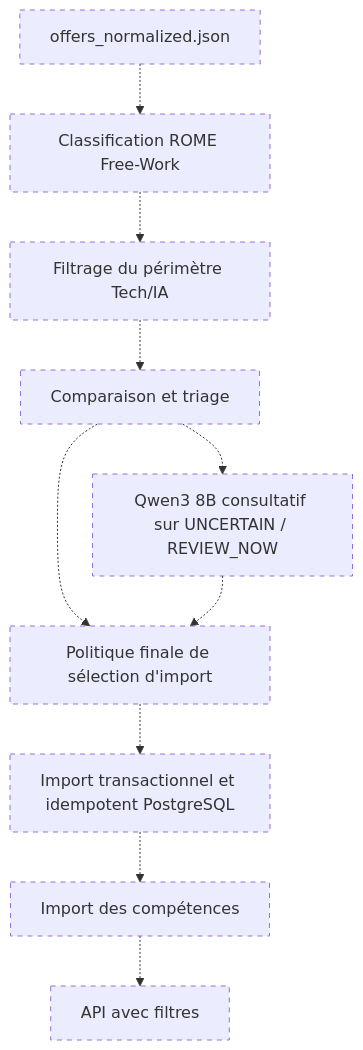
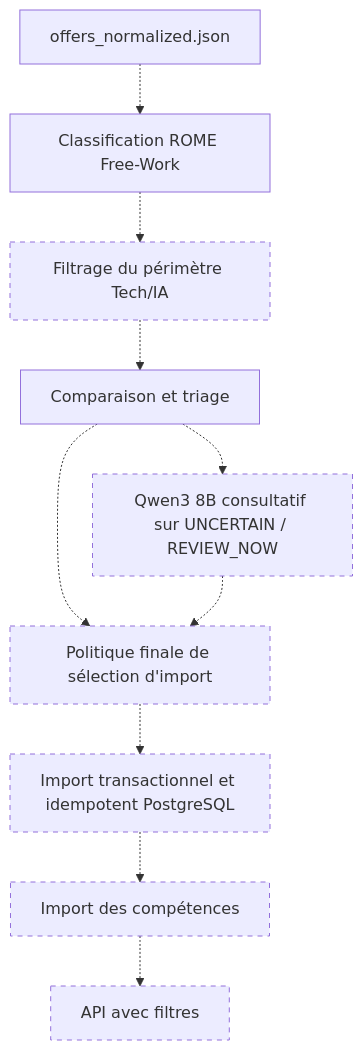
One commit to cmoileboss/observia-emploi changed the third of 4 diagrams in README.md. Above: the diagram before and after it, drawn with Mermaid. The commit also changed other lines of this file, not shown here.

````diff
--- a/README.md
+++ b/README.md
@@ -87,15 +95,15 @@
 ```mermaid
 flowchart TD
     Norm[offers_normalized.json] -.-> RomeFW[Classification ROME Free-Work]
     RomeFW -.-> Scope[Filtrage du périmètre Tech/IA]
     Scope -.-> Compare[Comparaison et triage]
     Compare -.-> LLM[Qwen3 8B consultatif sur UNCERTAIN / REVIEW_NOW]
     Compare -.-> Policy[Politique finale de sélection d'import]
     LLM -.-> Policy
     Policy -.-> Import[Import transactionnel et idempotent PostgreSQL]
     Import -.-> Skills[Import des compétences]
     Skills -.-> APIFuture[API avec filtres]
 
     classDef future stroke-dasharray: 5 5;
-    class Norm,RomeFW,Scope,Compare,Policy,Import,Skills,APIFuture,LLM future;
+    class Scope,Policy,Import,Skills,APIFuture,LLM future;
 ```
````
